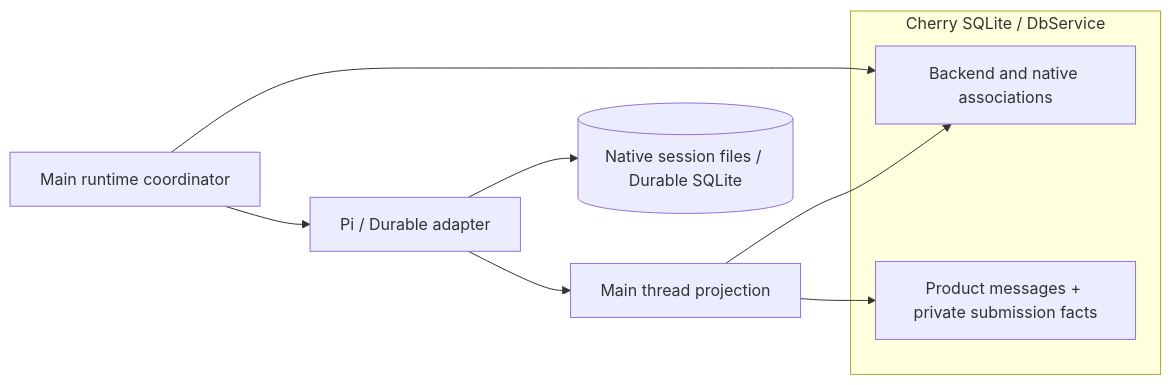
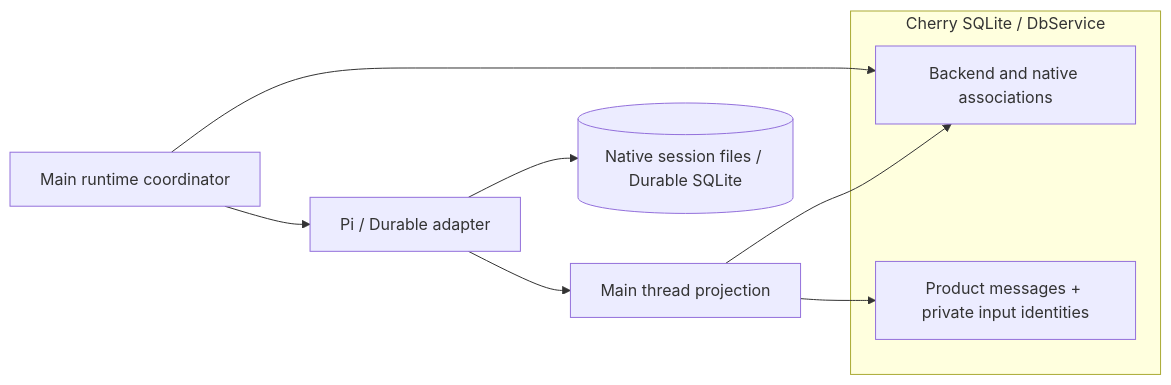
One commit to CherryHQ/cherry-studio changed the first of 2 diagrams in .agents/notes/proposed/architecture/2026-10-17-agent-runtime-contract.md. Above: the diagram before and after it, drawn with Mermaid. The commit also changed other lines of this file and 2 other files, not shown here.

Commit message:
docs(agent-runtime): clarify input identity persistence

````diff
--- a/.agents/notes/proposed/architecture/2026-10-17-agent-runtime-contract.md
+++ b/.agents/notes/proposed/architecture/2026-10-17-agent-runtime-contract.md
@@ -250,17 +250,17 @@
 ```mermaid
 flowchart LR
     Host["Main runtime coordinator"]
     Adapter["Pi / Durable adapter"]
     Native[("Native session files / Durable SQLite")]
     Projection["Main thread projection"]
     subgraph CherryDB["Cherry SQLite / DbService"]
         Records["Backend and native associations"]
-        Messages["Product messages + private submission facts"]
+        Messages["Product messages + private input identities"]
     end
     Host --> Records
     Host --> Adapter
     Adapter --> Native
     Adapter --> Projection
     Projection --> Records
     Projection --> Messages
 ```
````
